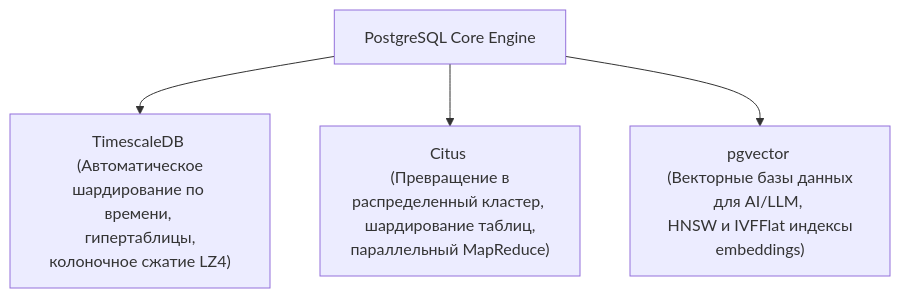
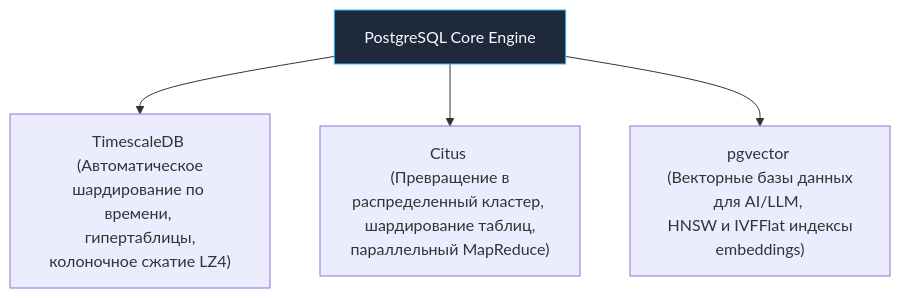
The third of 3 diagrams in sources/12. Базы данных/06. PostgreSQL/7. Расширения PostgreSQL.md (UnrealTemplier/go-textbook), drawn with Mermaid before and after one commit. The commit also changed other lines of this file and 1666 other files, not shown here.

First line of the commit message:
feat(mermaid): add semantic color classDef to 1369 colorless flowchart/graph diagrams

````diff
--- a/sources/12. Базы данных/06. PostgreSQL/7. Расширения PostgreSQL.md
+++ b/sources/12. Базы данных/06. PostgreSQL/7. Расширения PostgreSQL.md
@@ -126,6 +146,16 @@
 ```mermaid
 flowchart TD
-    PG["PostgreSQL Core Engine"] --> Timescale["TimescaleDB <br> (Автоматическое шардирование по времени, <br> гипертаблицы, колоночное сжатие LZ4)"]
+    classDef process  fill:#1e293b,stroke:#38bdf8,stroke-width:1px,color:#f8fafc
+    classDef success  fill:#064e3b,stroke:#34d399,stroke-width:1px,color:#f8fafc
+    classDef error    fill:#7f1d1d,stroke:#f87171,stroke-width:1px,color:#f8fafc
+    classDef warning  fill:#78350f,stroke:#fbbf24,stroke-width:1px,color:#f8fafc
+    classDef entry    fill:#1e3a5f,stroke:#38bdf8,stroke-width:2px,color:#f8fafc
+    classDef aux      fill:#334155,stroke:#64748b,stroke-width:1px,color:#f8fafc
+    classDef system   fill:#312e81,stroke:#a78bfa,stroke-width:1px,color:#f8fafc
+    classDef data     fill:#132d29,stroke:#2dd4bf,stroke-width:1px,color:#f8fafc
+    classDef network  fill:#881337,stroke:#fb7185,stroke-width:1px,color:#f8fafc
+    classDef accent   fill:#1e1b4b,stroke:#818cf8,stroke-width:1px,color:#f8fafc
+    PG["PostgreSQL Core Engine"]:::process --> Timescale["TimescaleDB <br> (Автоматическое шардирование по времени, <br> гипертаблицы, колоночное сжатие LZ4)"]
     PG --> Citus["Citus <br> (Превращение в распределенный кластер, <br> шардирование таблиц, параллельный MapReduce)"]
     PG --> PGVector["pgvector <br> (Векторные базы данных для AI/LLM, <br> HNSW и IVFFlat индексы embeddings)"]
 ```
````
